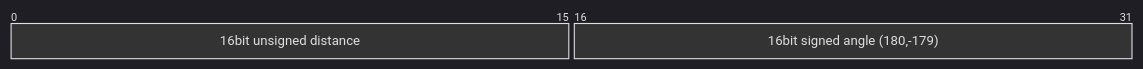
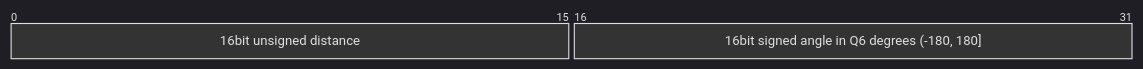
Before and after one commit to kei185/sensor-echo: the diagram in docs/frame.md, drawn with Mermaid. The commit also changed other lines of this file and 2 other files, not shown here.

Commit message:
feat: interpolate signed Q6 scan angles

````diff
--- a/docs/frame.md
+++ b/docs/frame.md
@@ -25,7 +25,7 @@
 ```mermaid
 %%{init: {'theme': 'dark'}}%%
 
 packet
 +16: "16bit unsigned distance"
-+16: "16bit signed angle (180,-179)"
++16: "16bit signed angle in Q6 degrees (-180, 180]"
 ```
````
